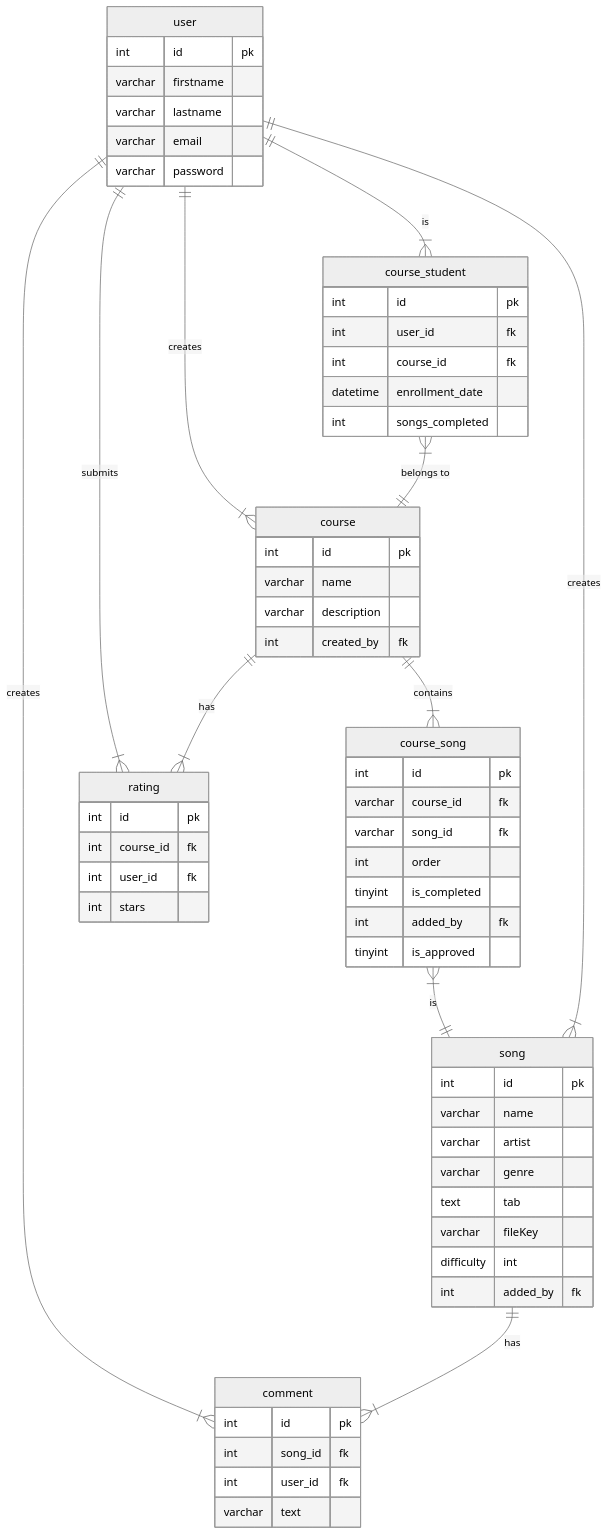
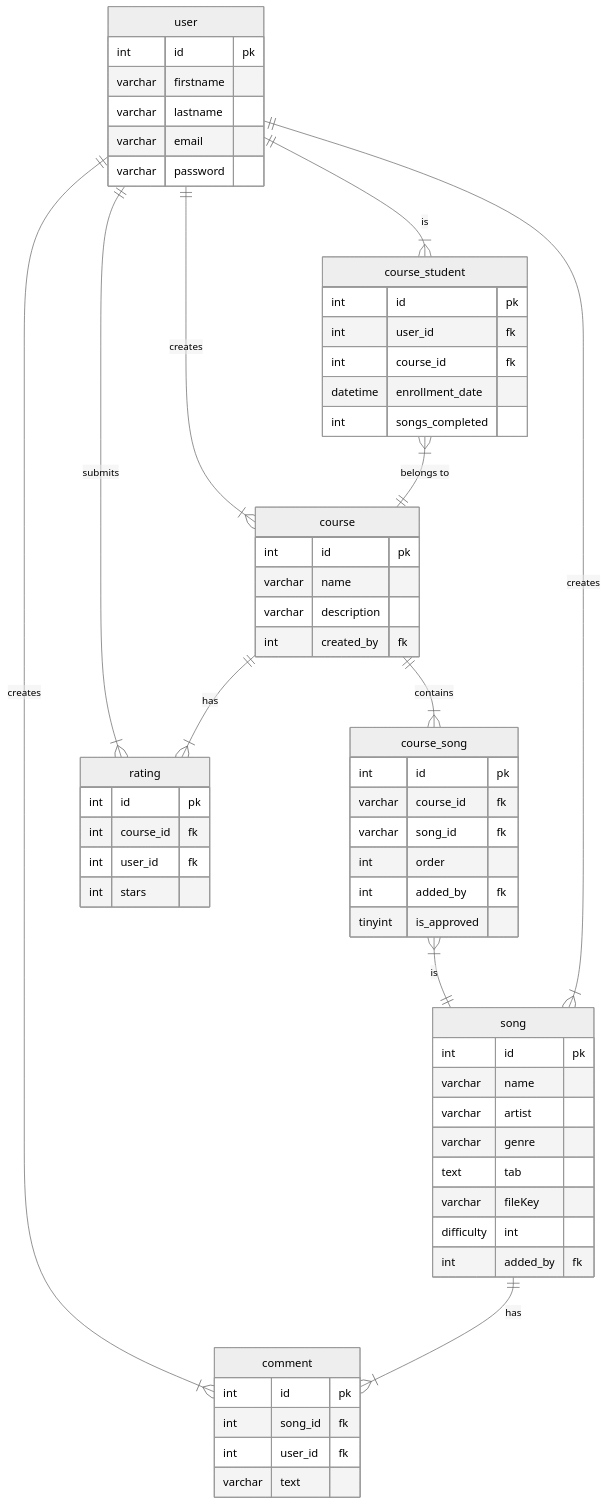
One commit to ronaldescobar-u/the-musicians-path changed the second of 2 diagrams in README.md. Above: the diagram before and after it, drawn with Mermaid (neutral theme). The commit also changed other lines of this file, not shown here.

````diff
--- a/README.md
+++ b/README.md
@@ -45,65 +46,64 @@
 ```mermaid
 erDiagram
     user ||--|{ course_student : "is"
     user {
         int id pk
         varchar firstname
         varchar lastname
         varchar email
         varchar password
     }
     course_student  }|--|| course : "belongs to"
     course_student {
         int id pk
         int user_id fk
         int course_id fk
         datetime enrollment_date
         int songs_completed
 
     }
     course ||--|{ course_song : contains
     user ||--|{ song : creates
     course {
         int id pk
         varchar name
         varchar description
         int created_by fk
     }
     course_song }|--|| song : is
     course_song {
         int id pk
         varchar course_id fk
         varchar song_id fk
         int order
-        tinyint is_completed
         int added_by fk
         tinyint is_approved
     }
     song ||--|{ comment : "has"
     song {
         int id pk
         varchar name
         varchar artist
         varchar genre
         text tab
         varchar fileKey
         difficulty int
         int added_by fk
     }
     comment {
         int id pk
         int song_id fk
         int user_id fk
         varchar text
     }
     user ||--|{ comment : creates
     user ||--|{ course : creates
     course ||--|{ rating : has
     rating {
         int id pk
         int course_id fk
         int user_id fk
         int stars
     }
     user ||--|{ rating : submits
 ```
````
